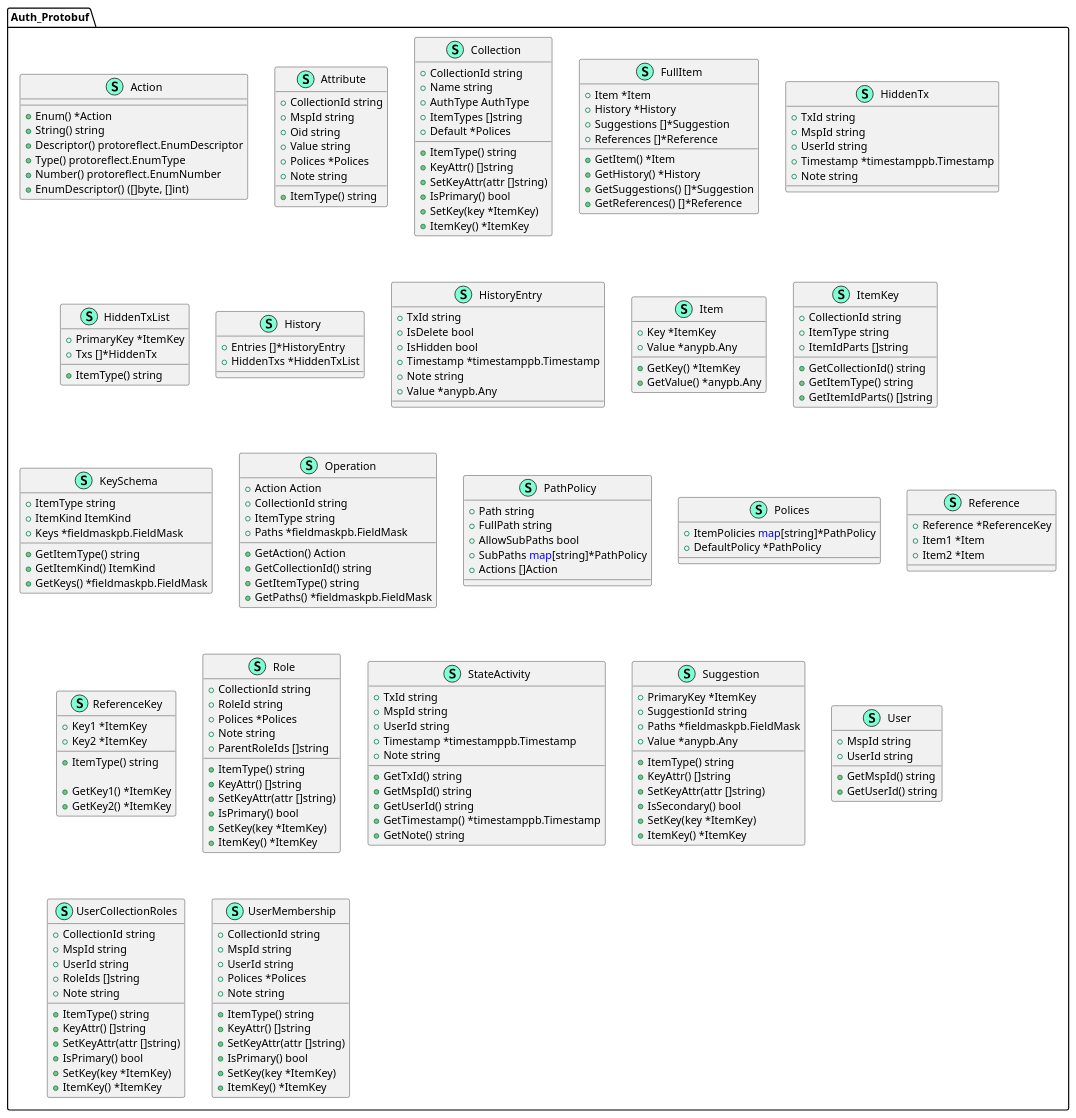
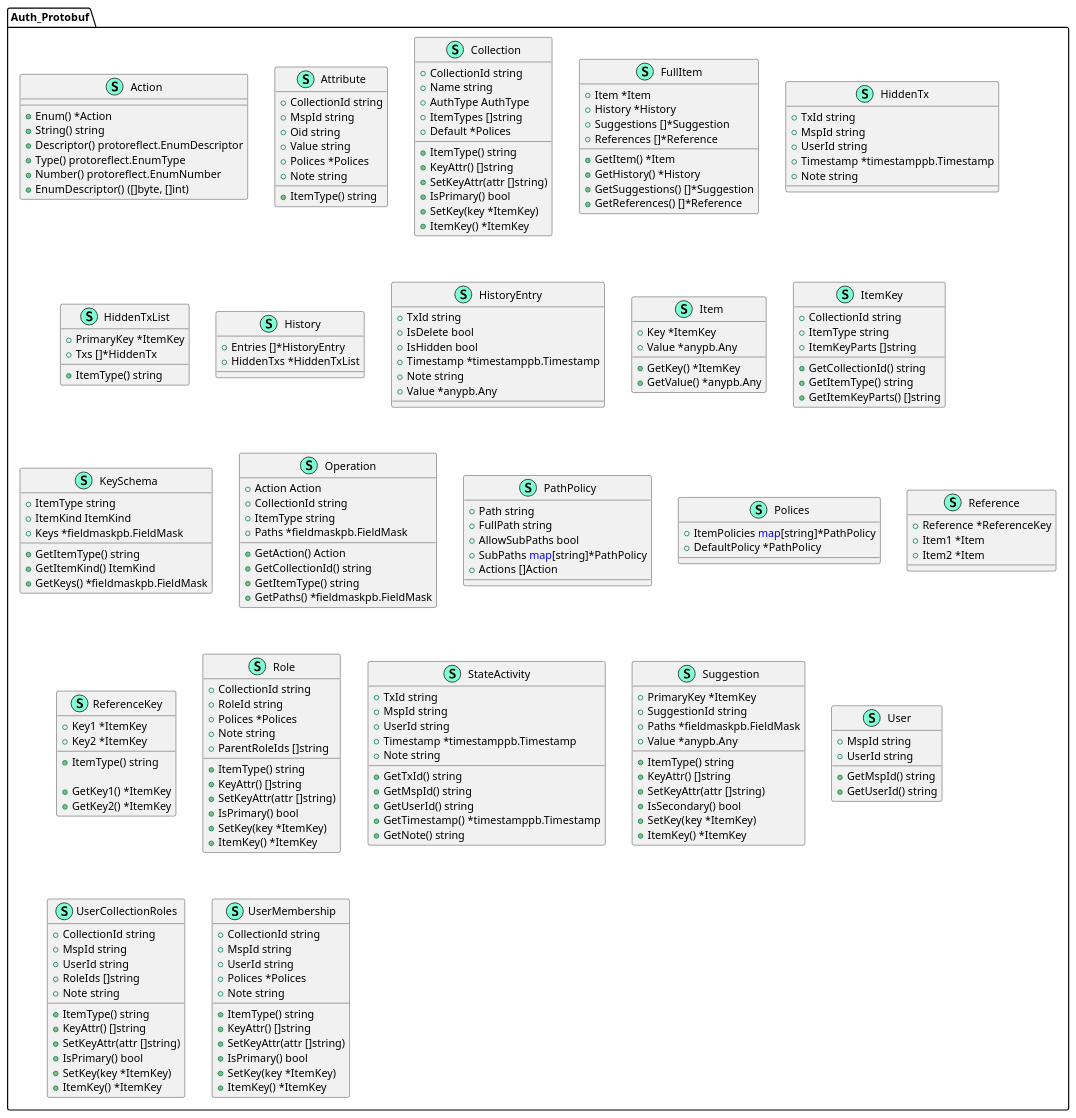
One commit to Nova38/Thesis changed the diagram in docs/plantuml/gen/proto/auth.puml. Above: the diagram before and after it, drawn with PlantUML. The commit also changed 39 other files, not shown here.

```diff
--- a/docs/plantuml/gen/proto/auth.puml
+++ b/docs/plantuml/gen/proto/auth.puml
@@ -107,13 +107,13 @@
 
         + CollectionId string
         + ItemType string
-        + ItemIdParts []string
+        + ItemKeyParts []string
 
 
 
         + GetCollectionId() string
         + GetItemType() string
-        + GetItemIdParts() []string
+        + GetItemKeyParts() []string
 
 
     }
```
